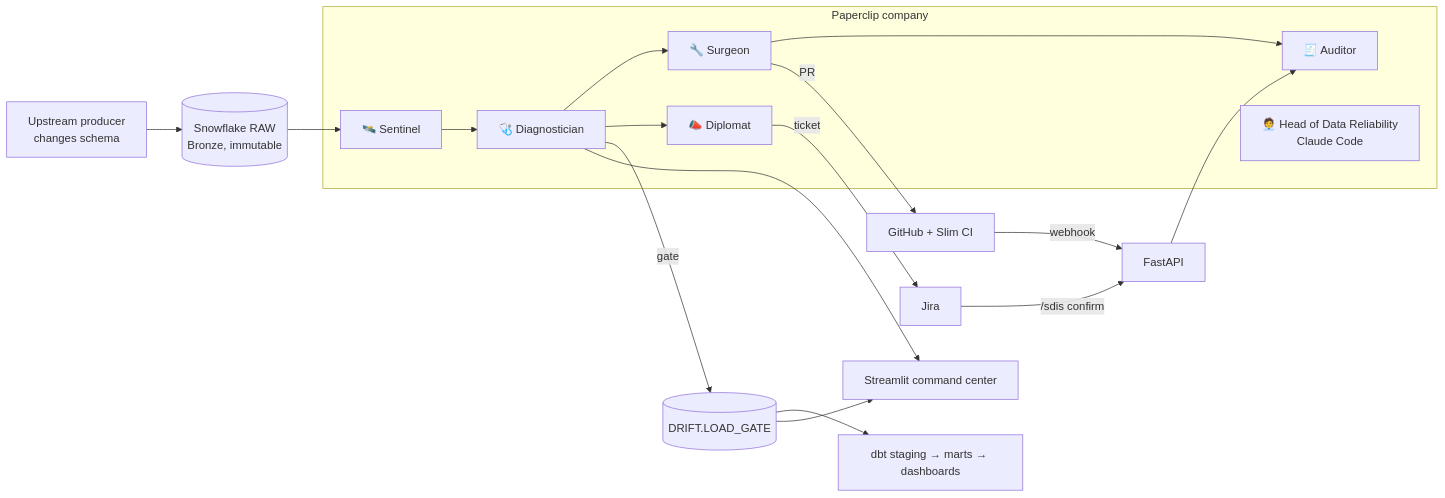
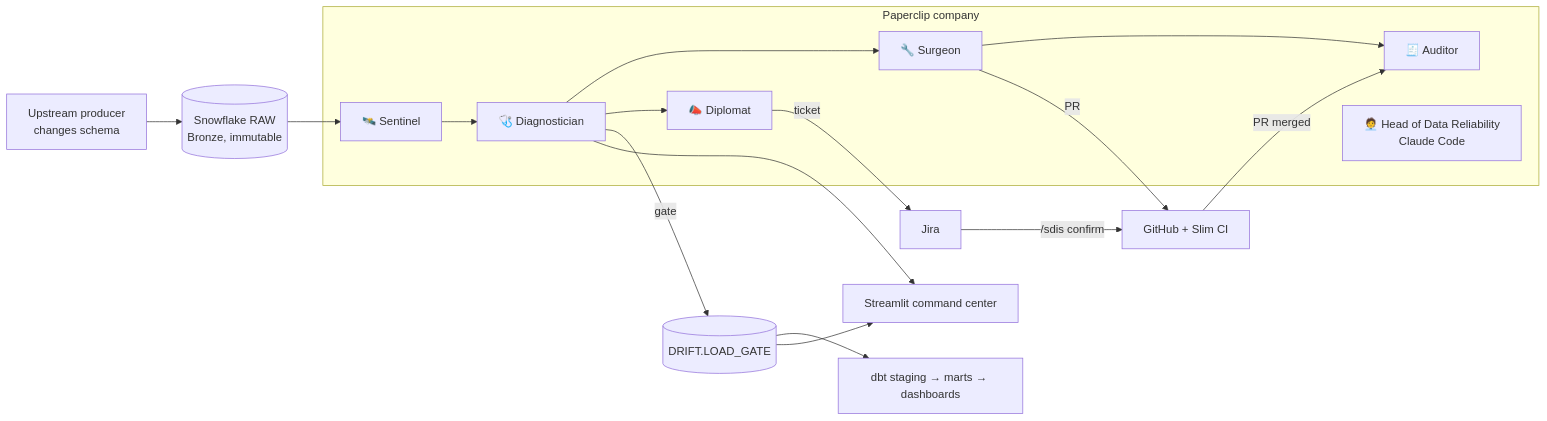
One commit to karthikvalluri85/schema-drift-immune-system changed the diagram in README.md. Above: the diagram before and after it, drawn with Mermaid. The commit also changed other lines of this file and 1 other file, not shown here.

````diff
--- a/README.md
+++ b/README.md
@@ -36,20 +36,19 @@
 ```mermaid
 flowchart LR
   P[Upstream producer<br/>changes schema] --> RAW[(Snowflake RAW<br/>Bronze, immutable)]
   subgraph Paperclip company
     S[🛰️ Sentinel] --> D[🩺 Diagnostician]
     D --> SU[🔧 Surgeon]
     D --> DI[📣 Diplomat]
     SU --> A[🧾 Auditor]
     H[🧑‍💼 Head of Data Reliability<br/>Claude Code]
   end
   RAW --> S
   D -- gate --> G[(DRIFT.LOAD_GATE)]
   G --> DBT[dbt staging → marts → dashboards]
   SU -- PR --> GH[GitHub + Slim CI]
   DI -- ticket --> J[Jira]
-  GH -- webhook --> API[FastAPI]
-  J -- /sdis confirm --> API
-  API --> A
+  GH -- PR merged --> A
+  J -- /sdis confirm --> GH
   G & D --> UI[Streamlit command center]
 ```
````
